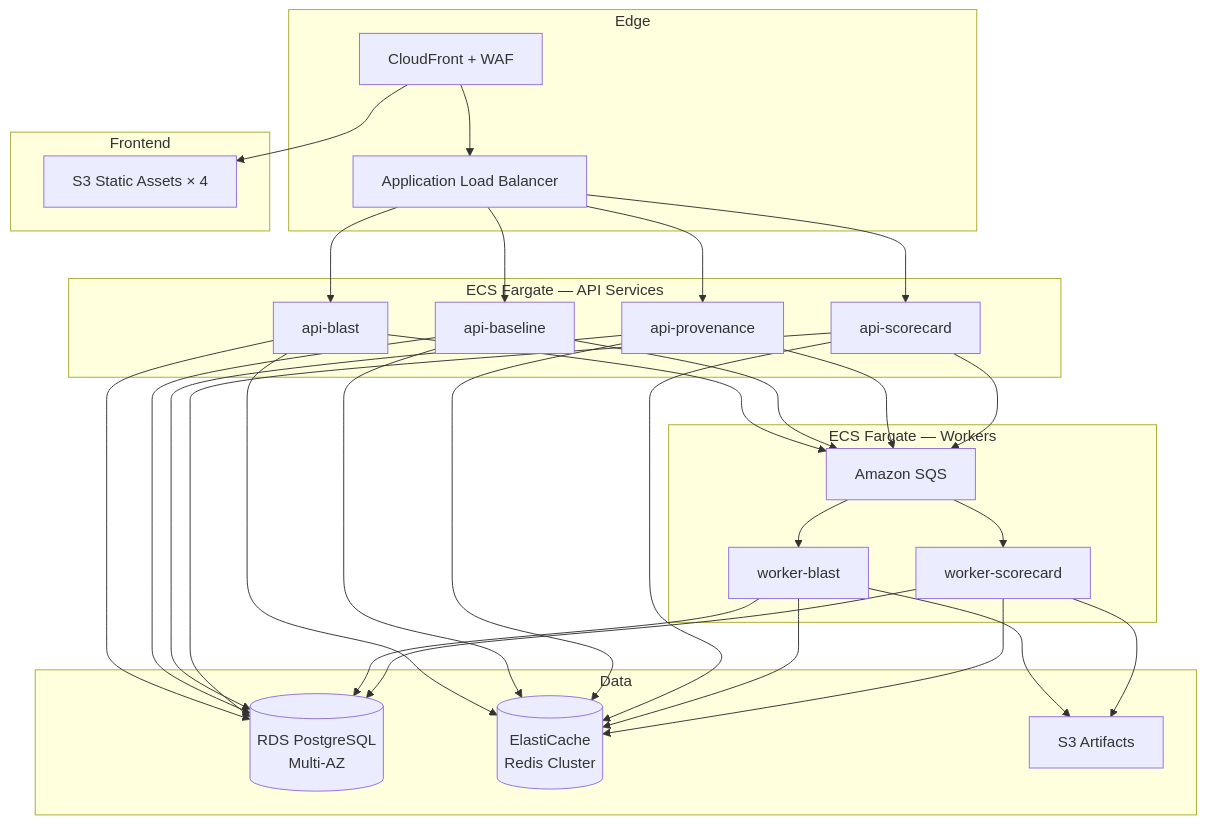
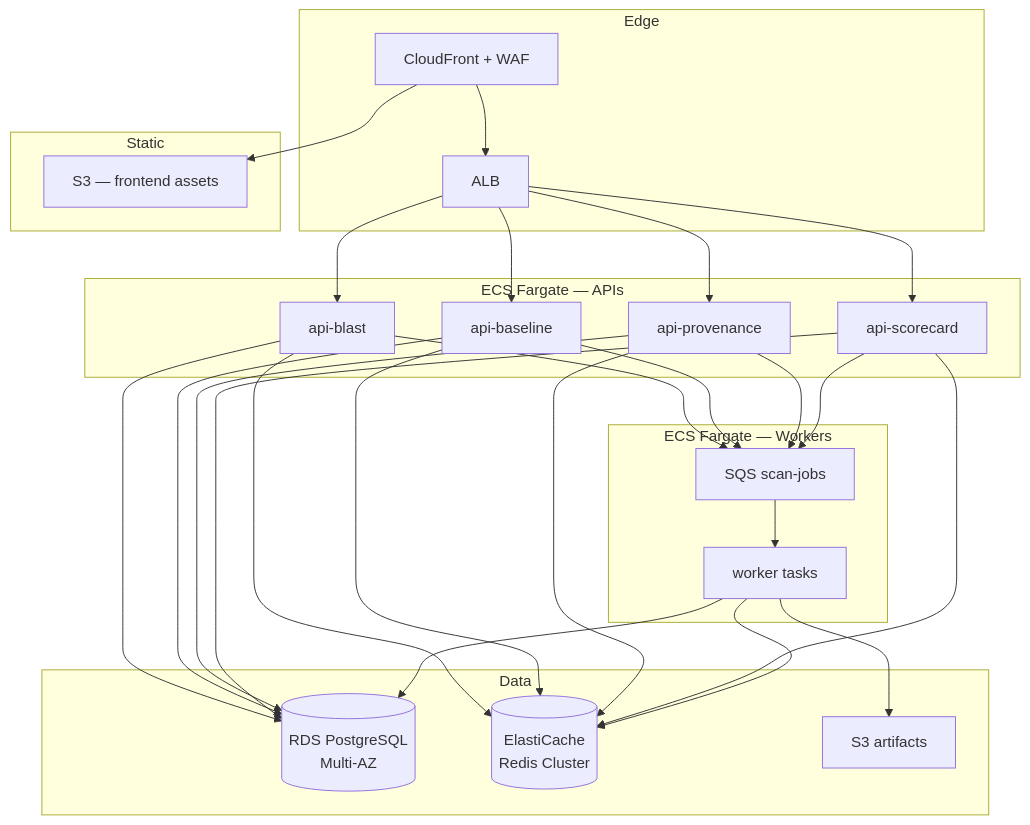
The second of 2 diagrams in README.md (BB-AI-Arena/MCP-Trust-Scoreboard), drawn with Mermaid before and after one commit. The commit also changed other lines of this file, not shown here.

Commit message:
docs: polish README — badge row, section order, architecture tables, per-tool specs

````diff
--- a/README.md
+++ b/README.md
@@ -141,36 +178,27 @@
 ```mermaid
 graph TB
     subgraph Edge
         CF[CloudFront + WAF]
-        ALB[Application Load Balancer]
+        ALB[ALB]
     end
-
-    subgraph Frontend
-        S3[S3 Static Assets × 4]
+    subgraph Static
+        S3[S3 — frontend assets]
     end
-
-    subgraph Control["ECS Fargate — API Services"]
-        A1[api-blast]
-        A2[api-baseline]
-        A3[api-provenance]
-        A4[api-scorecard]
+    subgraph Control["ECS Fargate — APIs"]
+        A1[api-blast] & A2[api-baseline] & A3[api-provenance] & A4[api-scorecard]
     end
-
     subgraph Async["ECS Fargate — Workers"]
-        SQS[Amazon SQS]
-        W1[worker-blast]
-        W2[worker-scorecard]
+        SQS[SQS scan-jobs]
+        W[worker tasks]
     end
-
     subgraph Data
         RDS[(RDS PostgreSQL\nMulti-AZ)]
         EC[(ElastiCache\nRedis Cluster)]
-        S3A[S3 Artifacts]
+        S3A[S3 artifacts]
     end
-
     CF --> S3
     CF --> ALB --> A1 & A2 & A3 & A4
-    A1 & A2 & A3 & A4 --> SQS --> W1 & W2
-    A1 & A2 & A3 & A4 & W1 & W2 --> RDS & EC
-    W1 & W2 --> S3A
+    A1 & A2 & A3 & A4 --> SQS --> W
+    A1 & A2 & A3 & A4 & W --> RDS & EC
+    W --> S3A
 ```
````
